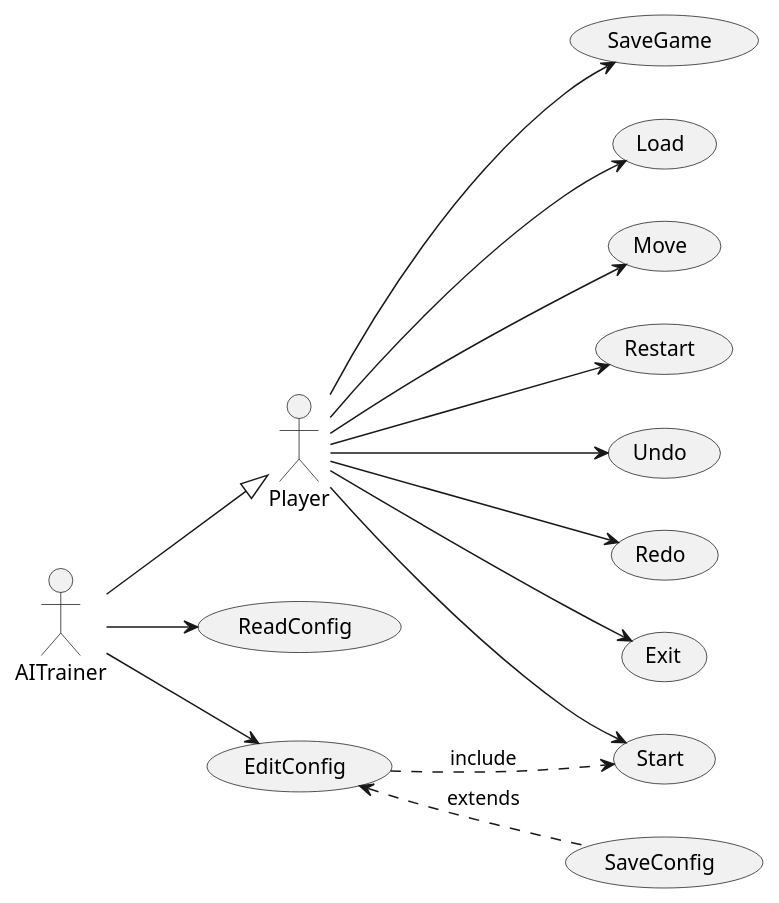
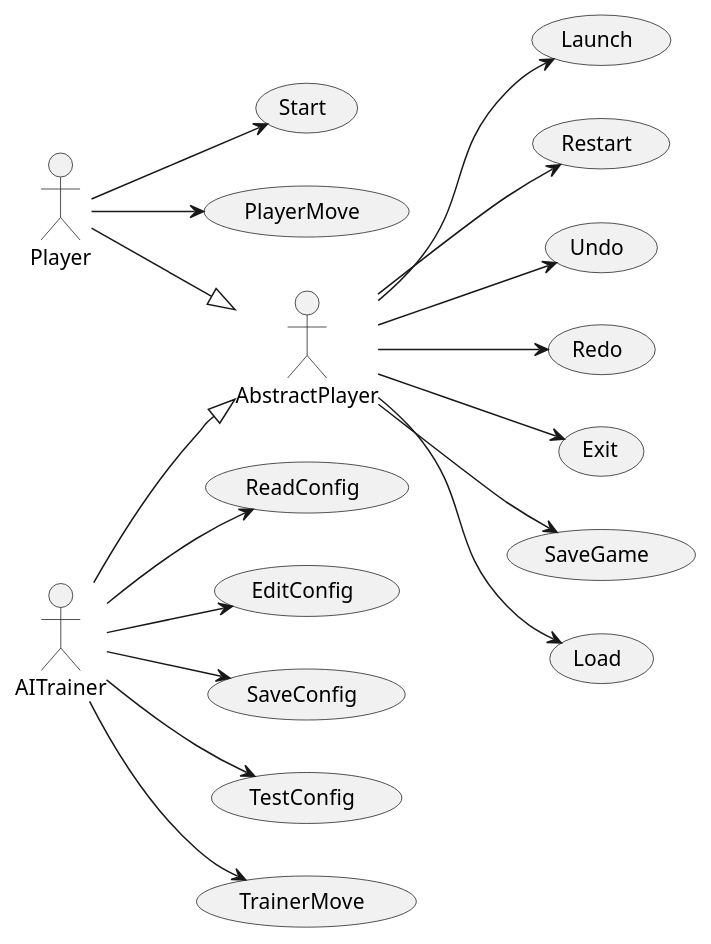
One commit to Master-Desarrollo-20-21/patrones-diseno---practica-final---juego-de-las-damas-fraylopez changed the diagram in docs/src/use-cases/use-cases.plantuml. Above: the diagram before and after it, drawn with PlantUML. The commit also changed 3 other files, not shown here.

```diff
--- a/docs/src/use-cases/use-cases.plantuml
+++ b/docs/src/use-cases/use-cases.plantuml
@@ -1,37 +1,46 @@
 @startuml UseCases
 left to right direction
 actor Player
 actor AITrainer
+actor AbstractPlayer
 
-AITrainer -down-|> Player
+AITrainer -down-|> AbstractPlayer
+Player -down-|> AbstractPlayer
 
+usecase Launch
 usecase Start
-usecase Move
+usecase PlayerMove
 usecase Restart
 usecase Undo
 usecase Redo
 usecase Exit
 usecase SaveGame
 usecase Load
 
-
+AbstractPlayer --> Launch
+' AbstractPlayer --> Move
+AbstractPlayer --> Undo
+AbstractPlayer --> Redo
+AbstractPlayer --> Exit
+AbstractPlayer --> SaveGame
+AbstractPlayer --> Restart
+AbstractPlayer --> Load
 
 Player --> Start
-Player --> Move
-Player --> Undo
-Player --> Redo
-Player --> Exit
-Player --> SaveGame
-Player --> Restart
-Player --> Load
+Player --> PlayerMove
 
 usecase ReadConfig
 usecase EditConfig
 usecase SaveConfig
+usecase TestConfig
+usecase TrainerMove
 
 AITrainer --> ReadConfig
 AITrainer --> EditConfig
+AITrainer --> SaveConfig
+AITrainer --> TestConfig
+AITrainer --> TrainerMove
 
-EditConfig ..> Start :"include"
-EditConfig <.. SaveConfig :"extends"
+' EditConfig ..> Start :"include"
+' EditConfig <.. SaveConfig :"extends"
 @enduml
```
